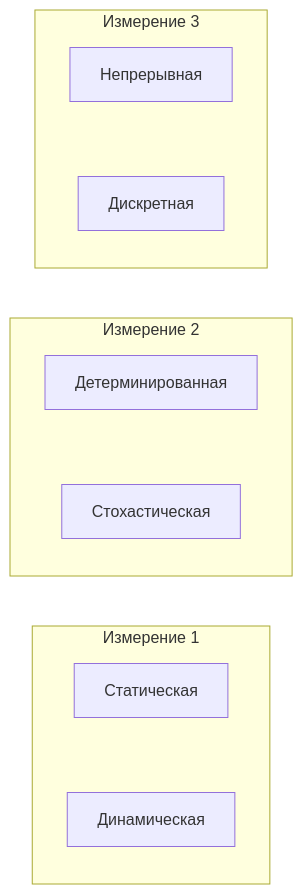
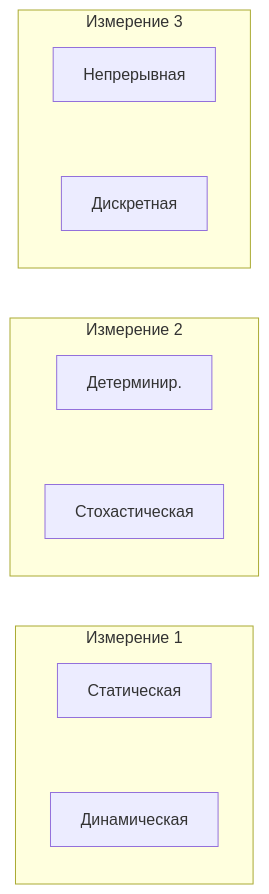
The first of 4 diagrams in docs/11-simulation-analysis.md (stareeg/simulation-modeling-notes), drawn with Mermaid before and after one commit. The commit also changed other lines of this file and 14 other files, not shown here.

````diff
--- a/docs/11-simulation-analysis.md
+++ b/docs/11-simulation-analysis.md
@@ -55,12 +55,12 @@
 ```mermaid
 flowchart LR
     subgraph "Измерение 1"
         A1["Статическая"] ~~~ A2["Динамическая"]
     end
     subgraph "Измерение 2"
-        B1["Детерминированная"] ~~~ B2["Стохастическая"]
+        B1["Детерминир."] ~~~ B2["Стохастическая"]
     end
     subgraph "Измерение 3"
         C1["Непрерывная"] ~~~ C2["Дискретная"]
     end
 ```
````
